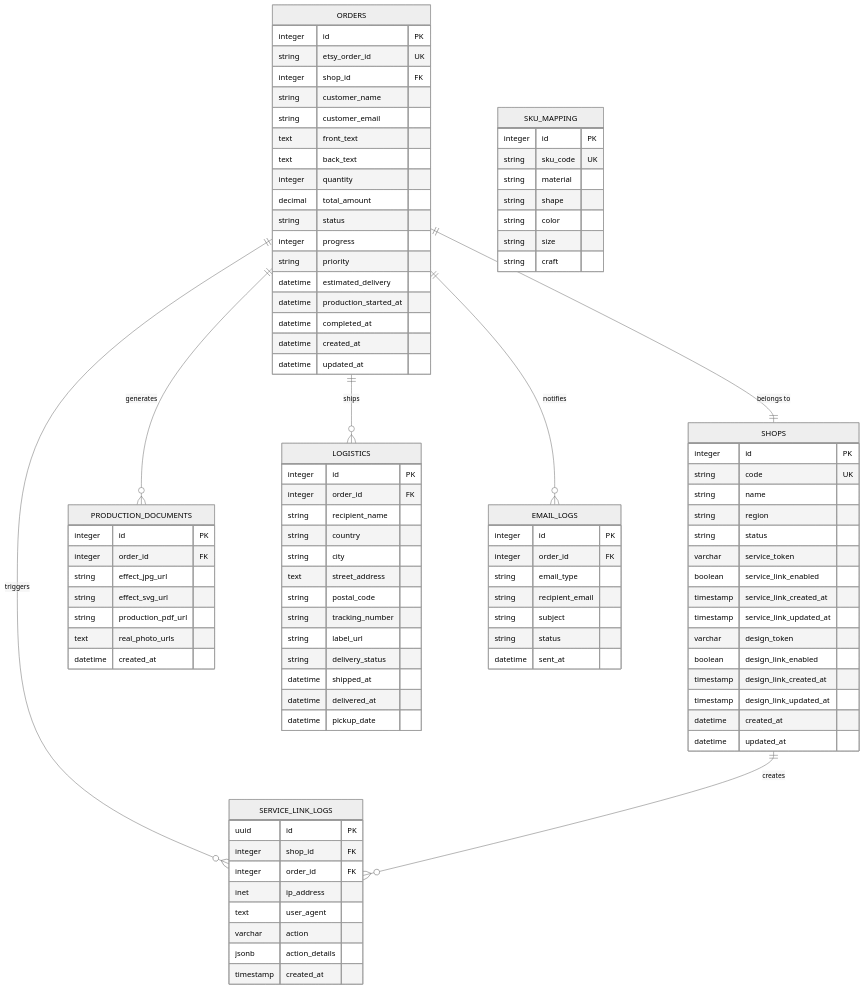
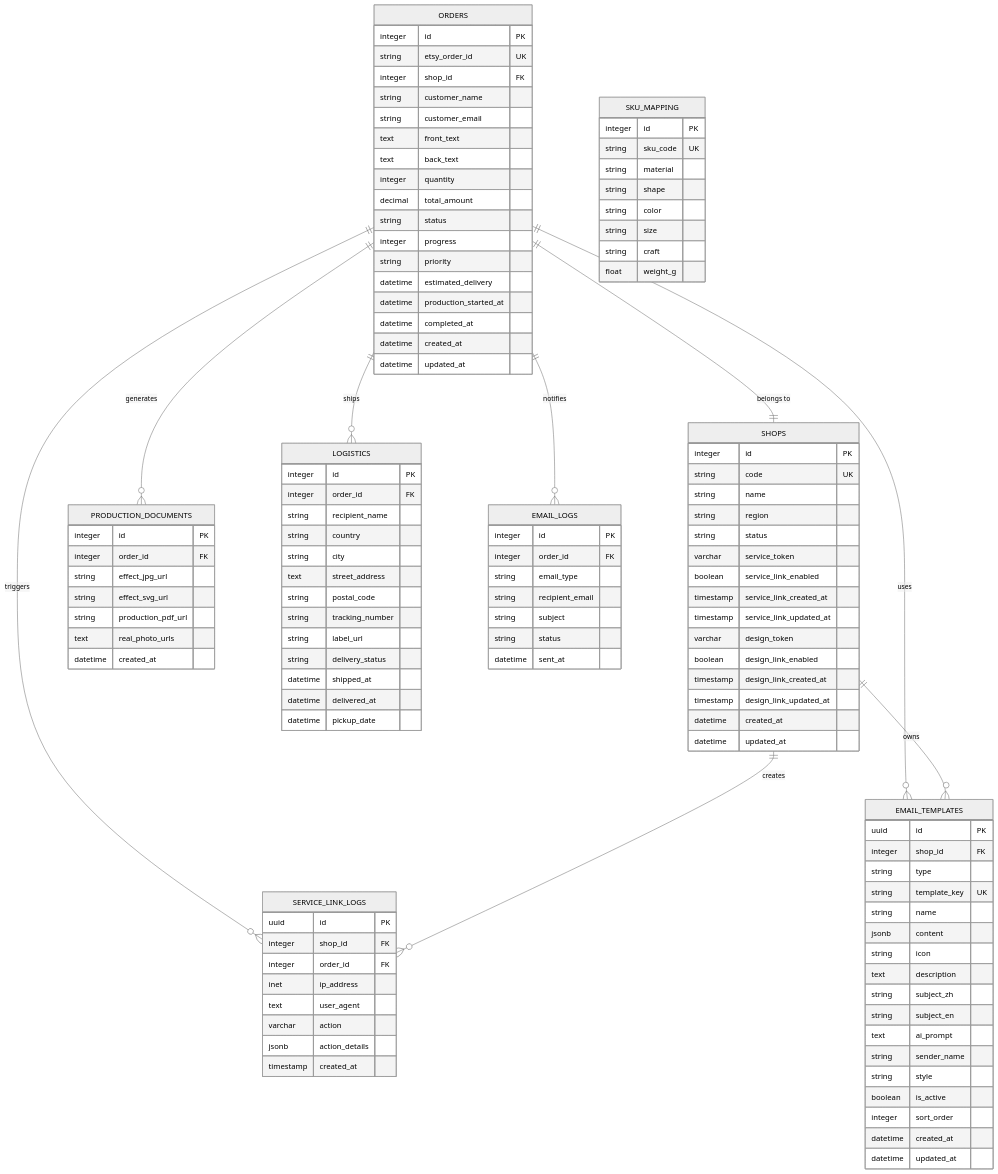
Before and after one commit to SY6621/POD-Order-Management: diagram 15 of 19 in .qoder/repowiki/zh/content/项目概述.md, drawn with Mermaid (neutral theme). The commit also changed other lines of this file and 8 other files, not shown here.

````diff
--- a/.qoder/repowiki/zh/content/项目概述.md
+++ b/.qoder/repowiki/zh/content/项目概述.md
@@ -619,6 +806,7 @@
 string color
 string size
 string craft
+float weight_g
 }
 PRODUCTION_DOCUMENTS {
 integer id PK
@@ -654,6 +842,25 @@
 jsonb action_details
 timestamp created_at
 }
+EMAIL_TEMPLATES {
+uuid id PK
+integer shop_id FK
+string type
+string template_key UK
+string name
+jsonb content
+string icon
+text description
+string subject_zh
+string subject_en
+text ai_prompt
+string sender_name
+string style
+boolean is_active
+integer sort_order
+datetime created_at
+datetime updated_at
+}
 EMAIL_LOGS {
 integer id PK
 integer order_id FK
@@ -668,5 +875,7 @@
 ORDERS ||--o{ LOGISTICS : "ships"
 ORDERS ||--o{ EMAIL_LOGS : "notifies"
 ORDERS ||--o{ SERVICE_LINK_LOGS : "triggers"
+ORDERS ||--o{ EMAIL_TEMPLATES : "uses"
 SHOPS ||--o{ SERVICE_LINK_LOGS : "creates"
+SHOPS ||--o{ EMAIL_TEMPLATES : "owns"
 ```
````
